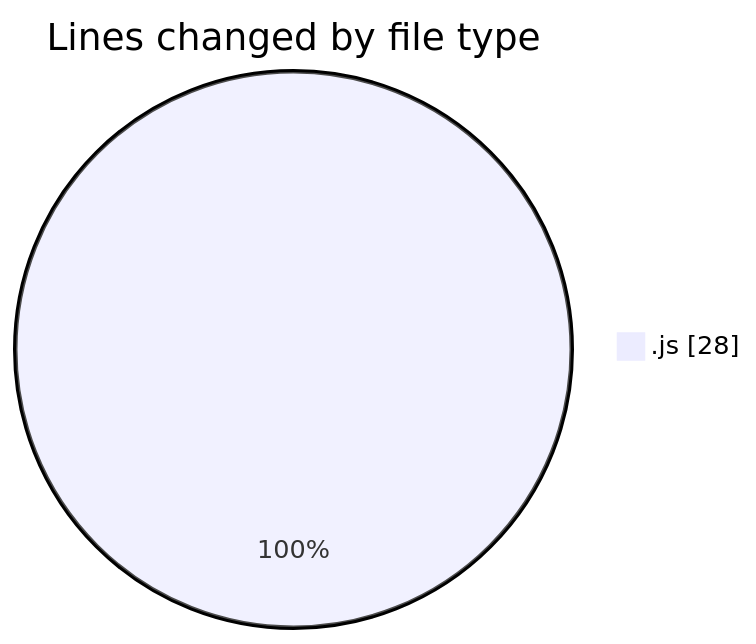
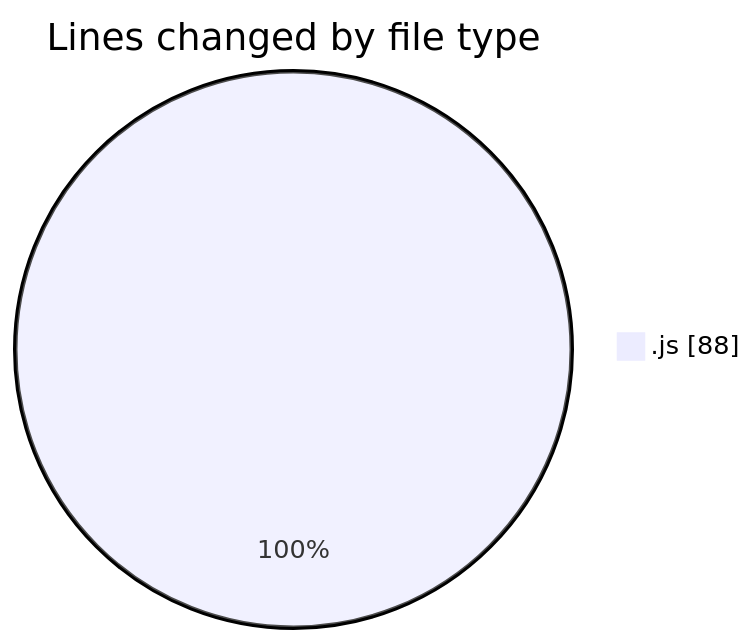
The first of 2 diagrams in 2025-07-19/mern-workoutboard/README.md (Ritupan-Deka/code-tracking), drawn with Mermaid before and after one commit. The commit also changed other lines of this file and 1 other file, not shown here.

````diff
--- a/2025-07-19/mern-workoutboard/README.md
+++ b/2025-07-19/mern-workoutboard/README.md
@@ -20,5 +21,5 @@
 ```mermaid
 pie showData
 title Lines changed by file type
-".js" : 28
+".js" : 88
 ```
````
